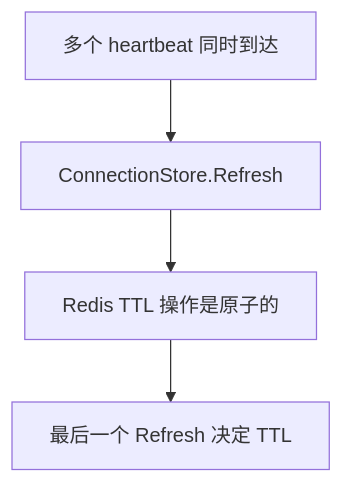
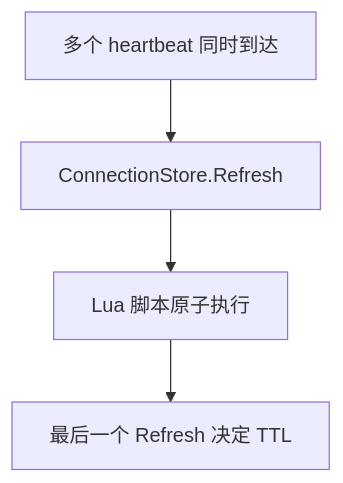
Before and after one commit to PineappleBond/xyncra-server: the fourth of 5 diagrams in wiki/flows/heartbeat.md, drawn with Mermaid. The commit also changed other lines of this file and 16 other files, not shown here.

First line of the commit message:
docs(wiki): comprehensive review and fix of all flow documents

````diff
--- a/wiki/flows/heartbeat.md
+++ b/wiki/flows/heartbeat.md
@@ -119,6 +140,6 @@
 ```mermaid
 flowchart TD
     A[多个 heartbeat 同时到达] --> B[ConnectionStore.Refresh]
-    B --> C[Redis TTL 操作是原子的]
+    B --> C[Lua 脚本原子执行]
     C --> D[最后一个 Refresh 决定 TTL]
 ```
````
